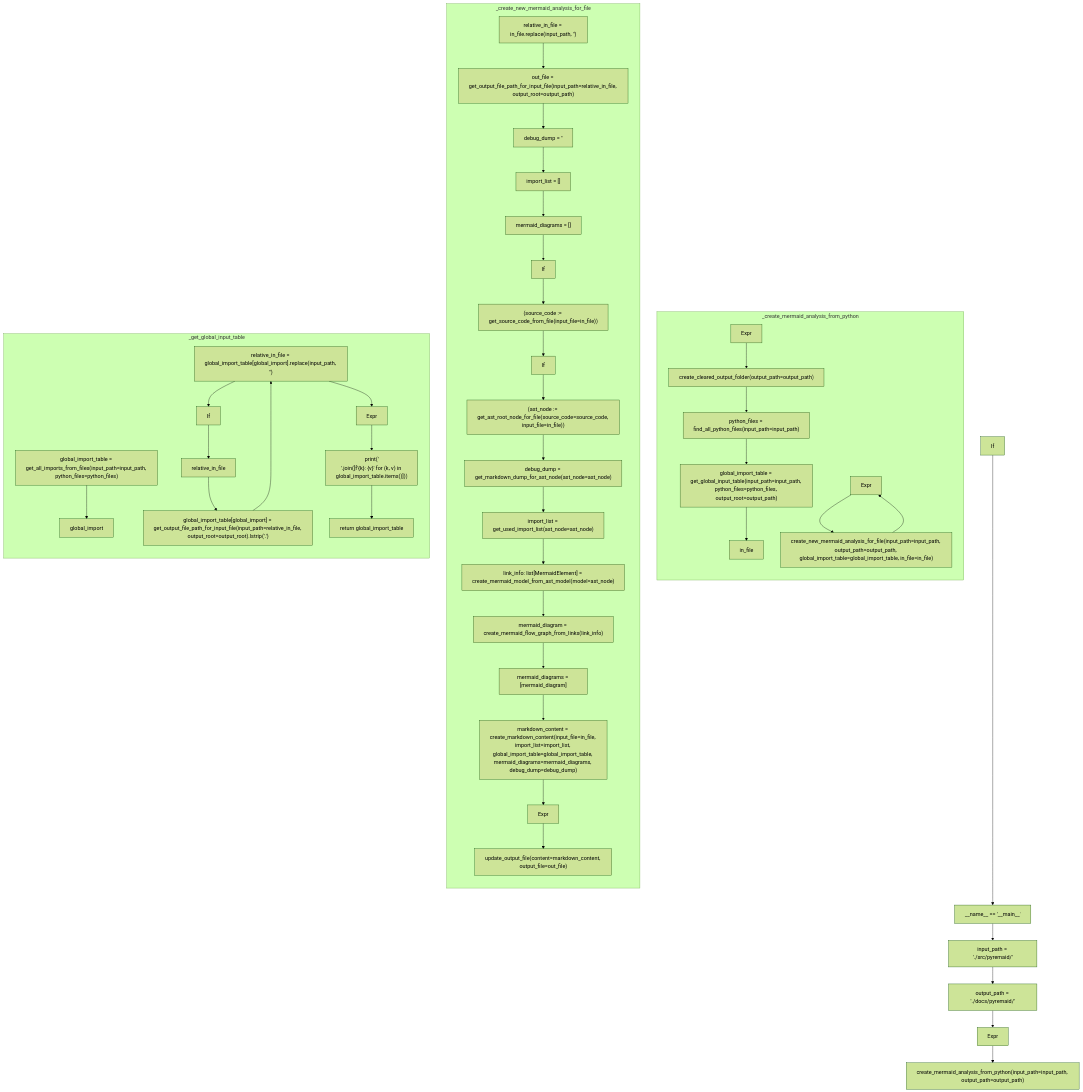
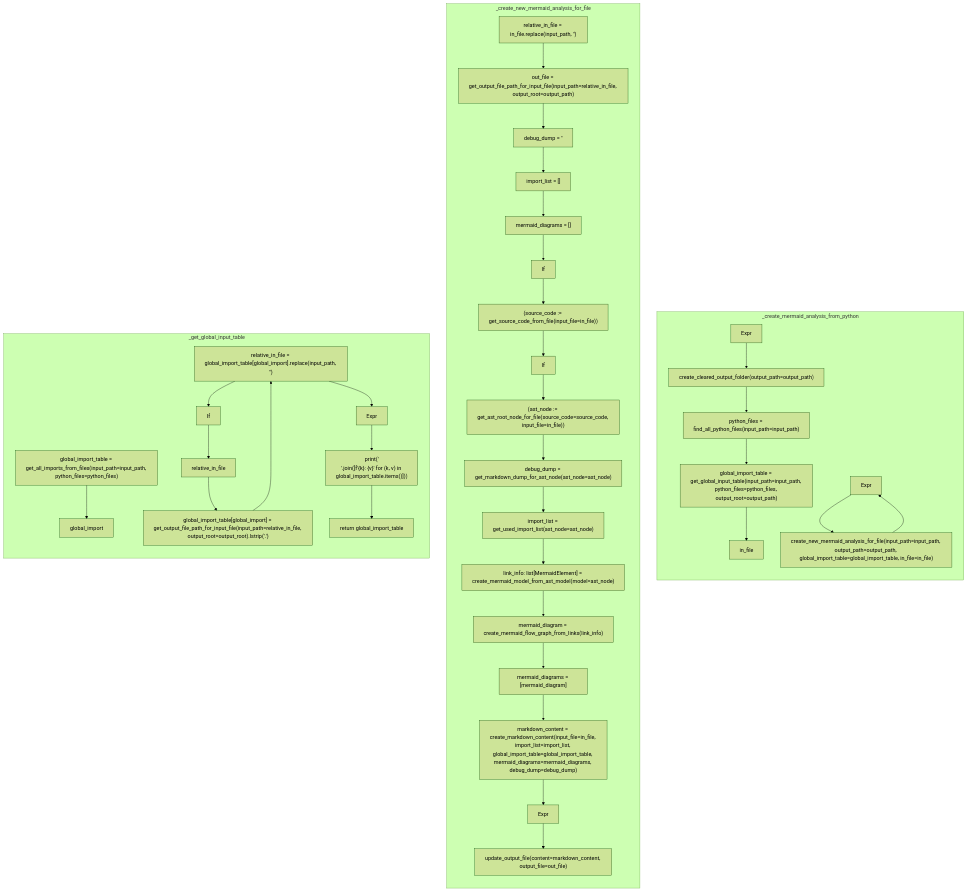
One commit to MichaelReel/pyremaid changed the diagram in docs/pyremaid/pyremaid.py.md. Above: the diagram before and after it, drawn with Mermaid (forest theme). The commit also changed other lines of this file and 10 other files, not shown here.

````diff
--- a/docs/pyremaid/pyremaid.py.md
+++ b/docs/pyremaid/pyremaid.py.md
@@ -53,12 +53,6 @@
   _f12_n40["Expr"]
   _f12_n41["print('\n'.join([f'{k}: {v}' for (k, v) in global_import_table.items()]))"]
   _f12_n42["return global_import_table"]
-  _n43["If"]
-  _n44["__name__ == '__main__'"]
-  _n45["input_path = './src/pyremaid/'"]
-  _n46["output_path = './docs/pyremaid/'"]
-  _n47["Expr"]
-  _n48["create_mermaid_analysis_from_python(input_path=input_path, output_path=output_path)"]
 
   subgraph _create_mermaid_analysis_from_python
     direction TB
@@ -103,10 +97,5 @@
     _f12_n40 --> _f12_n41
     _f12_n41 --> _f12_n42
   end
-  _n43 --> _n44
-  _n44 --> _n45
-  _n45 --> _n46
-  _n46 --> _n47
-  _n47 --> _n48
 
 ```
````
